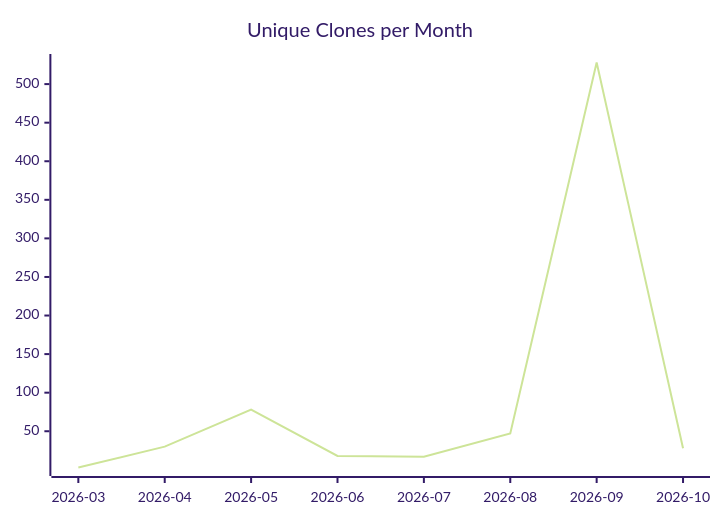
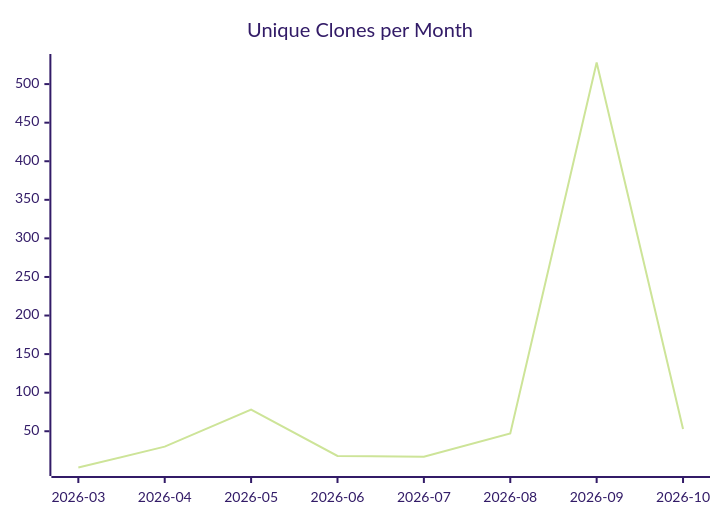
Before and after one commit to justdavis-family/github-analytics-data: the third of 3 diagrams in karlmdavis/justdavis-ansible/README.md, drawn with Mermaid (forest theme). The commit also changed other lines of this file and 202 other files, not shown here.

````diff
--- a/karlmdavis/justdavis-ansible/README.md
+++ b/karlmdavis/justdavis-ansible/README.md
@@ -19,6 +19,6 @@
 ```mermaid
 xychart-beta
   title "Unique Clones per Month"
   x-axis ["2026-03", "2026-04", "2026-05", "2026-06", "2026-07", "2026-08", "2026-09", "2026-10"]
-  line [3, 30, 78, 18, 17, 47, 528, 28]
+  line [3, 30, 78, 18, 17, 47, 528, 53]
 ```
````
